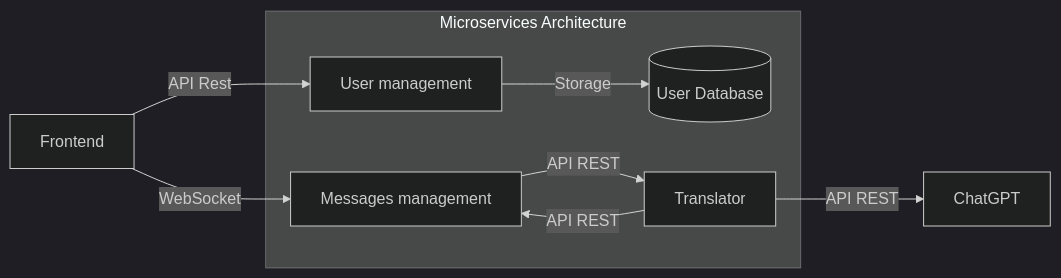
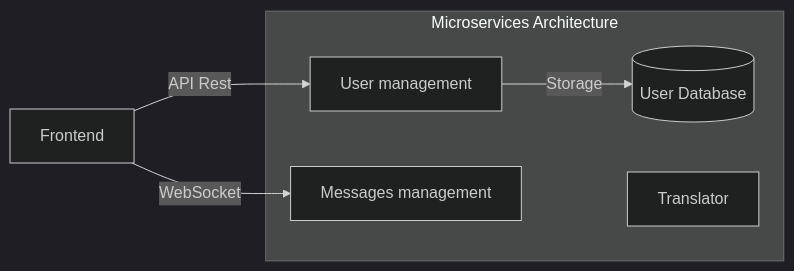
Before and after one commit to YR72dpi/SecuredWhisker: the first of 5 diagrams in README.md, drawn with Mermaid (dark theme). The commit also changed other lines of this file, not shown here.

````diff
--- a/README.md
+++ b/README.md
@@ -85,21 +85,16 @@
 ```mermaid
 graph LR;
     subgraph "Microservices Architecture"
         UserService["User management"] 
         MessageService["Messages management"]
         UserDatabase[("User Database")]
         Translator["Translator"]
     end
 
     Frontend["Frontend"]
 
     Frontend -->|API Rest| UserService
-    Frontend -->|WebSocket| MessageService
     UserService -->|Storage| UserDatabase
 
-    MessageService -->|API REST| Translator
-    Translator -->|API REST| MessageService
-    Translator -->| API REST| ChatGPT
-
-
+    Frontend -->|WebSocket| MessageService
 ```
````
